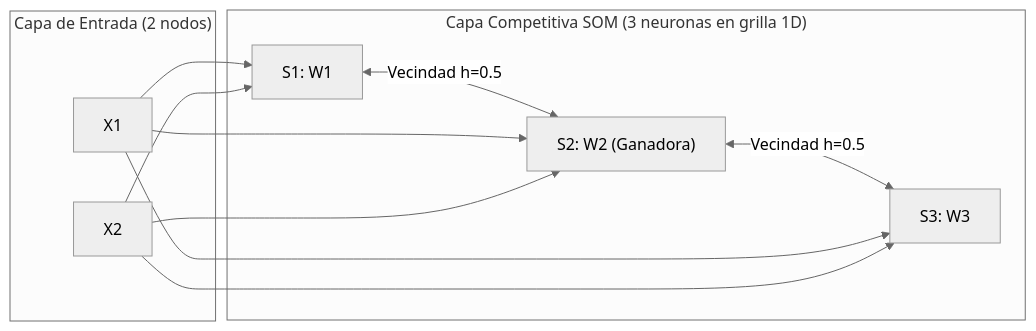
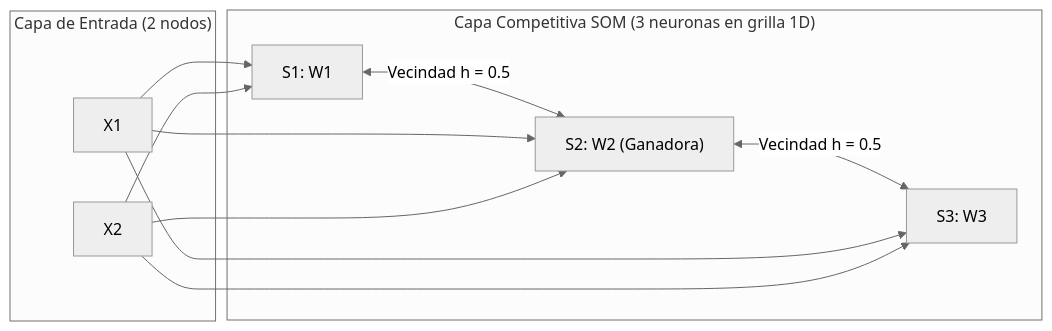
One commit to FranDSchz/ia-segundo-parcial-utn-frre changed the first of 2 diagrams in GUIAS_PASO_A_PASO/BANCO_EJERCICIOS_PRACTICOS_2024_2025_FINALES.md. Above: the diagram before and after it, drawn with Mermaid (neutral theme). The commit also changed other lines of this file and 39 other files, not shown here.

````diff
--- a/GUIAS_PASO_A_PASO/BANCO_EJERCICIOS_PRACTICOS_2024_2025_FINALES.md
+++ b/GUIAS_PASO_A_PASO/BANCO_EJERCICIOS_PRACTICOS_2024_2025_FINALES.md
@@ -1656,20 +1656,20 @@
 ```mermaid
 flowchart LR
     subgraph Entrada ["Capa de Entrada (2 nodos)"]
         X1["X1"]
         X2["X2"]
     end
     subgraph Salida ["Capa Competitiva SOM (3 neuronas en grilla 1D)"]
         S1["S1: W1"]
         S2["S2: W2 (Ganadora)"]
         S3["S3: W3"]
-        S1 <-->|Vecindad h=0.5| S2
-        S2 <-->|Vecindad h=0.5| S3
+        S1 <-->|"Vecindad h = 0.5"| S2
+        S2 <-->|"Vecindad h = 0.5"| S3
     end
     X1 --> S1
     X1 --> S2
     X1 --> S3
     X2 --> S1
     X2 --> S2
     X2 --> S3
 ```
````
